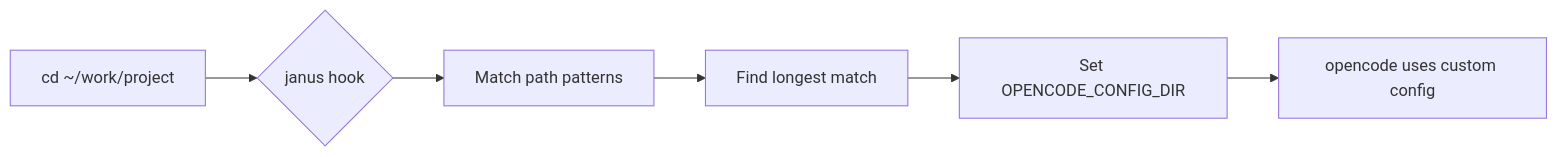
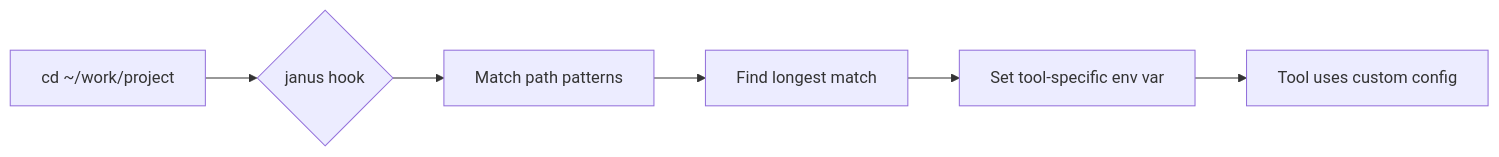
The diagram in README.md (kuitos/janus), drawn with Mermaid before and after one commit. The commit also changed other lines of this file and 18 other files, not shown here.

````diff
--- a/README.md
+++ b/README.md
@@ -166,8 +211,8 @@
 ```mermaid
 graph LR
     A[cd ~/work/project] --> B{janus hook}
     B --> C[Match path patterns]
     C --> D[Find longest match]
-    D --> E[Set OPENCODE_CONFIG_DIR]
-    E --> F[opencode uses custom config]
+    D --> E[Set tool-specific env var]
+    E --> F[Tool uses custom config]
 ```
````
